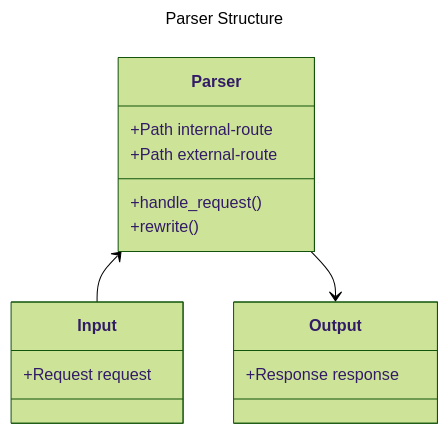
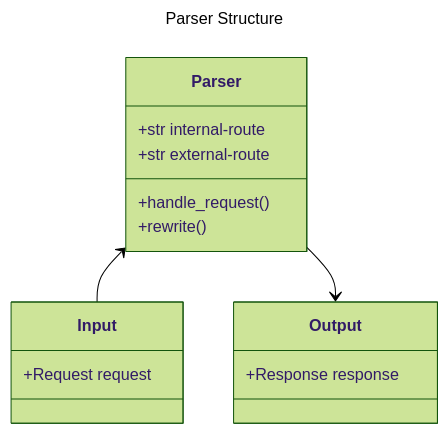
Before and after one commit to lsst-sqre/sqr-110: the second of 5 diagrams in index.md, drawn with Mermaid (forest theme). The commit also changed other lines of this file, not shown here.

````diff
--- a/index.md
+++ b/index.md
@@ -142,19 +142,19 @@
 ```mermaid
 ---
 title: Parser Structure
 ---
 
 classDiagram
   Parser
-  Parser : +Path internal-route
-  Parser : +Path external-route
+  Parser : +str internal-route
+  Parser : +str external-route
   Parser: +handle_request()
   Parser: +rewrite()
   
   Input: +Request request
   
   Output: +Response response
   
   Parser <-- Input
   Parser --> Output
 ```
````
